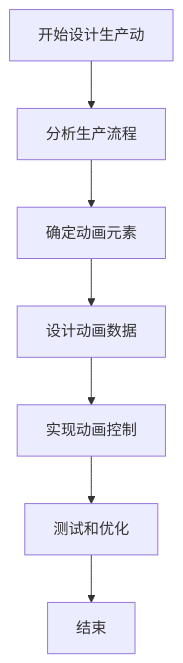
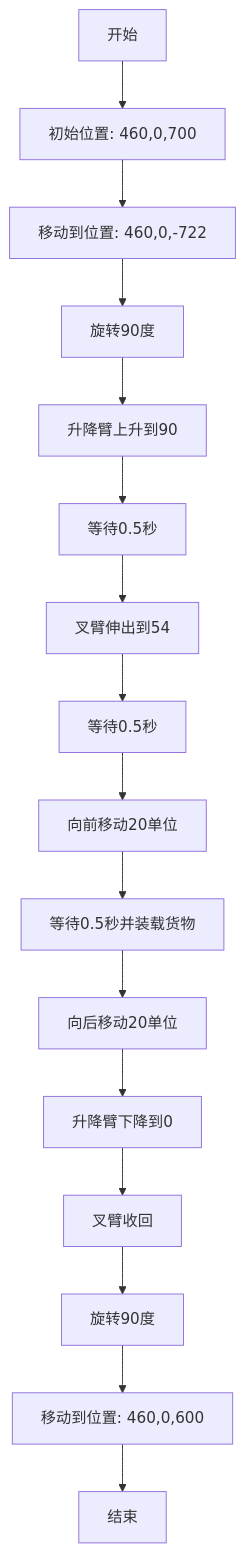
One commit to Mrmilu212/iodraw-files changed the diagram in all/未命名-1.md. Above: the diagram before and after it, drawn with Mermaid.

Commit message:
2025-05-20 14:21:26 update

````diff
--- a/all/未命名-1.md
+++ b/all/未命名-1.md
@@ -1,10 +1,18 @@
 ```mermaid
 graph TD
-    A[开始设计生产动] --> B[分析生产流程]
-    B --> C[确定动画元素]
-    C --> D[设计动画数据]
-    D --> E[实现动画控制]
-    E --> F[测试和优化]
-    F --> G[结束]
-
+    A[开始] --> B[初始位置: 460,0,700]
+    B --> C[移动到位置: 460,0,-722]
+    C --> D[旋转90度]
+    D --> E[升降臂上升到90]
+    E --> F[等待0.5秒]
+    F --> G[叉臂伸出到54]
+    G --> H[等待0.5秒]
+    H --> I[向前移动20单位]
+    I --> J[等待0.5秒并装载货物]
+    J --> K[向后移动20单位]
+    K --> L[升降臂下降到0]
+    L --> M[叉臂收回]
+    M --> N[旋转90度]
+    N --> O[移动到位置: 460,0,600]
+    O --> P[结束]
 ```
````
